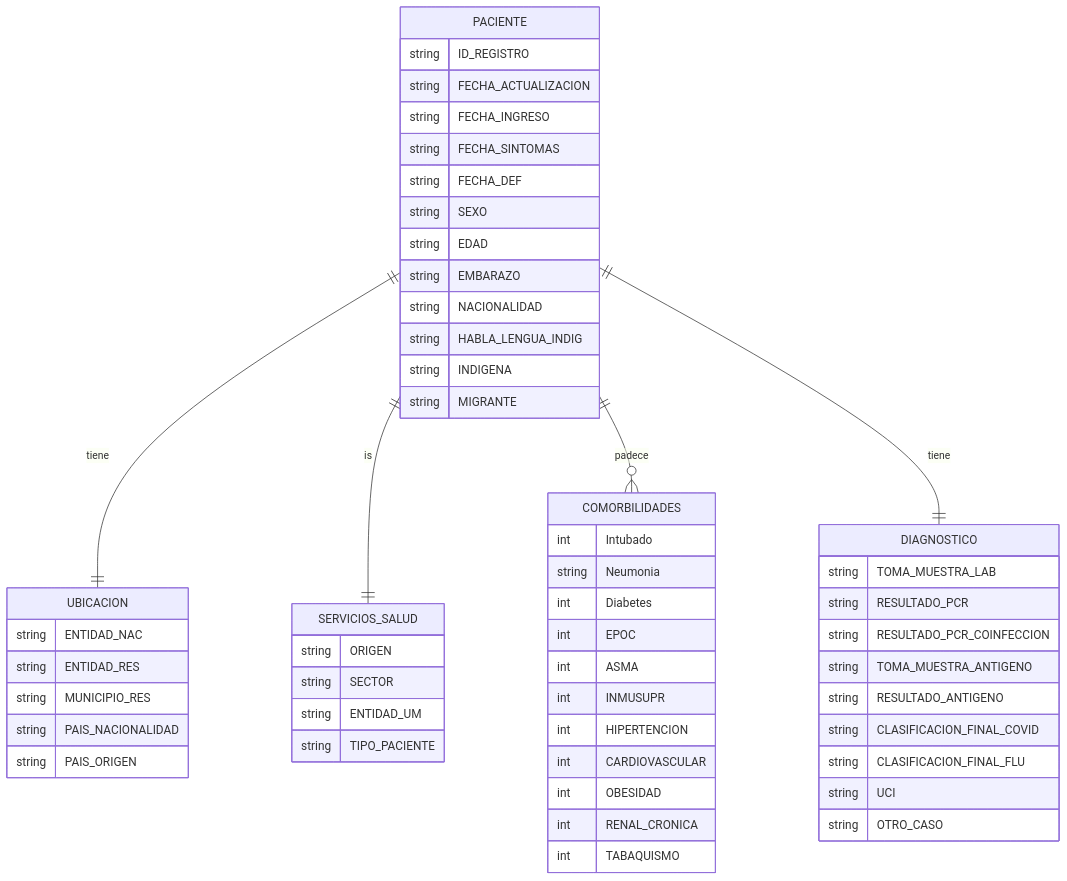
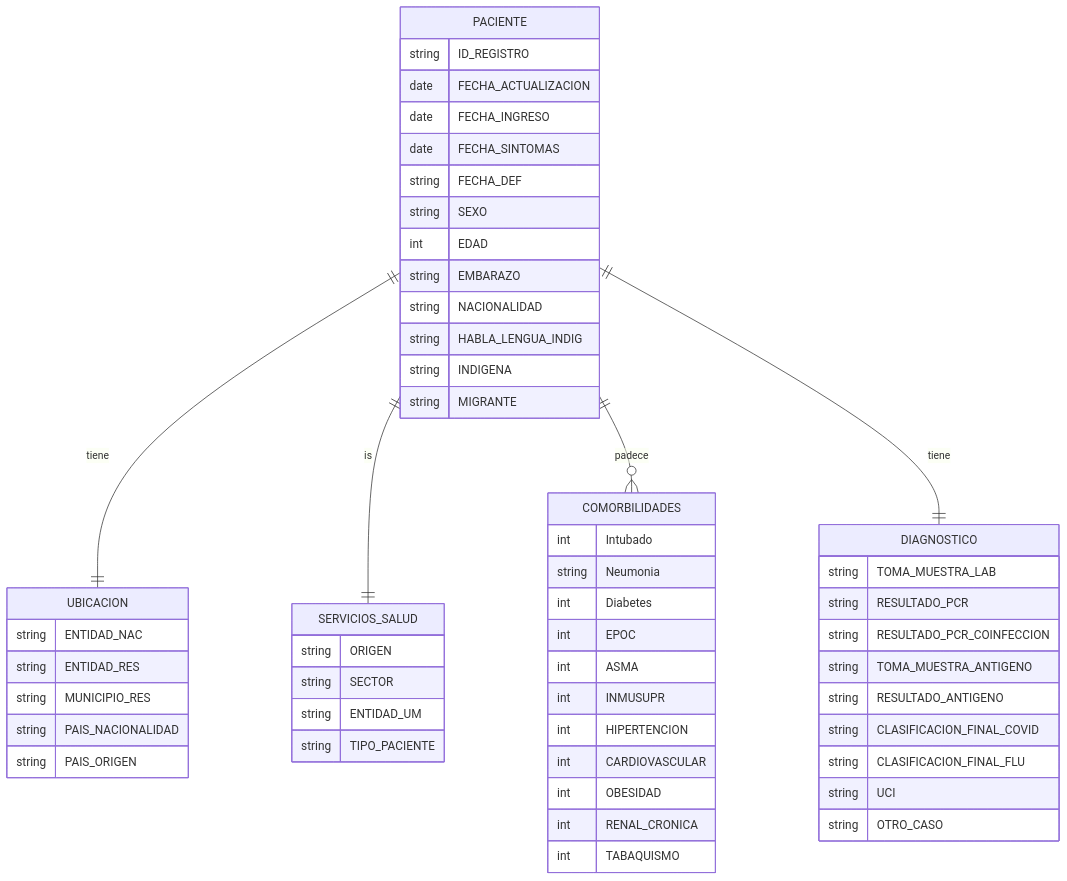
One commit to Gus-oss/MCD_BDR_2025 changed the diagram in Tarea2_EntidadRelacion.md. Above: the diagram before and after it, drawn with Mermaid.

Commit message:
E-R intento 7

`````diff
--- a/Tarea2_EntidadRelacion.md
+++ b/Tarea2_EntidadRelacion.md
@@ -10,72 +10,72 @@
 ```mermaid
 erDiagram
     PACIENTE ||-- || UBICACION : tiene
     PACIENTE ||-- || SERVICIOS_SALUD: is
     PACIENTE ||--o{ COMORBILIDADES : padece  
     PACIENTE ||-- || DIAGNOSTICO: tiene
     PACIENTE {
         string ID_REGISTRO
-        string FECHA_ACTUALIZACION
-        string FECHA_INGRESO 
-        string FECHA_SINTOMAS
+        date FECHA_ACTUALIZACION
+        date FECHA_INGRESO 
+        date FECHA_SINTOMAS
         string FECHA_DEF
         string SEXO    
-        string EDAD
+        int EDAD
         string EMBARAZO
         string NACIONALIDAD
         string HABLA_LENGUA_INDIG
         string INDIGENA
         string MIGRANTE    
 
     }
 
     UBICACION
     UBICACION {
         string ENTIDAD_NAC
         string ENTIDAD_RES
         string MUNICIPIO_RES
         string PAIS_NACIONALIDAD
         string PAIS_ORIGEN
 
     }
 
     SERVICIOS_SALUD
     SERVICIOS_SALUD {
         string ORIGEN
         string SECTOR
         string ENTIDAD_UM
         string TIPO_PACIENTE
 
 
     }
 
     COMORBILIDADES  
     COMORBILIDADES  {
         int Intubado
         string Neumonia
         int Diabetes
         int EPOC
         int ASMA
         int INMUSUPR
         int HIPERTENCION
         int CARDIOVASCULAR
         int OBESIDAD
         int RENAL_CRONICA
         int TABAQUISMO
     }
 
     DIAGNOSTICO
     DIAGNOSTICO {
         string TOMA_MUESTRA_LAB
         string  RESULTADO_PCR 
         string RESULTADO_PCR_COINFECCION
         string TOMA_MUESTRA_ANTIGENO
         string RESULTADO_ANTIGENO
         string CLASIFICACION_FINAL_COVID
         string CLASIFICACION_FINAL_FLU
         string UCI
         string OTRO_CASO
 
 
     }
 ````
`````
